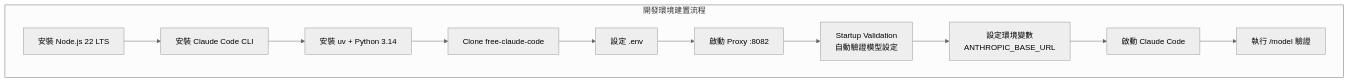
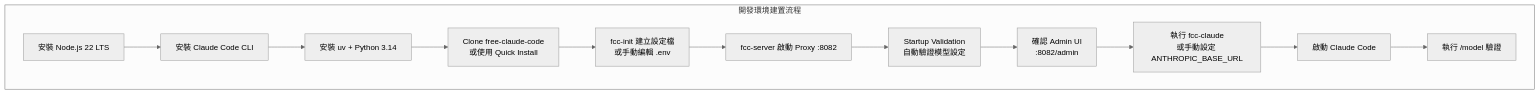
The fourth of 20 diagrams in content/posts/教學/AI開發/free-claude-code 教學手冊.md (chihhung/Blog), drawn with Mermaid (neutral theme) before and after one commit. The commit also changed other lines of this file and 8 other files, not shown here.

````diff
--- a/content/posts/教學/AI開發/free-claude-code 教學手冊.md
+++ b/content/posts/教學/AI開發/free-claude-code 教學手冊.md
@@ -382,14 +481,15 @@
 ```mermaid
 graph TD
     subgraph "開發環境建置流程"
         S1[安裝 Node.js 22 LTS] --> S2[安裝 Claude Code CLI]
         S2 --> S3[安裝 uv + Python 3.14]
-        S3 --> S4[Clone free-claude-code]
-        S4 --> S5[設定 .env]
-        S5 --> S6[啟動 Proxy :8082]
+        S3 --> S4[Clone free-claude-code<br/>或使用 Quick Install]
+        S4 --> S5[fcc-init 建立設定檔<br/>或手動編輯 .env]
+        S5 --> S6[fcc-server 啟動 Proxy :8082]
         S6 --> S6A[Startup Validation<br/>自動驗證模型設定]
-        S6A --> S7[設定環境變數<br/>ANTHROPIC_BASE_URL]
+        S6A --> S6B[確認 Admin UI<br/>:8082/admin]
+        S6B --> S7[執行 fcc-claude<br/>或手動設定 ANTHROPIC_BASE_URL]
         S7 --> S8[啟動 Claude Code]
         S8 --> S9[執行 /model 驗證]
     end
 ```
````
